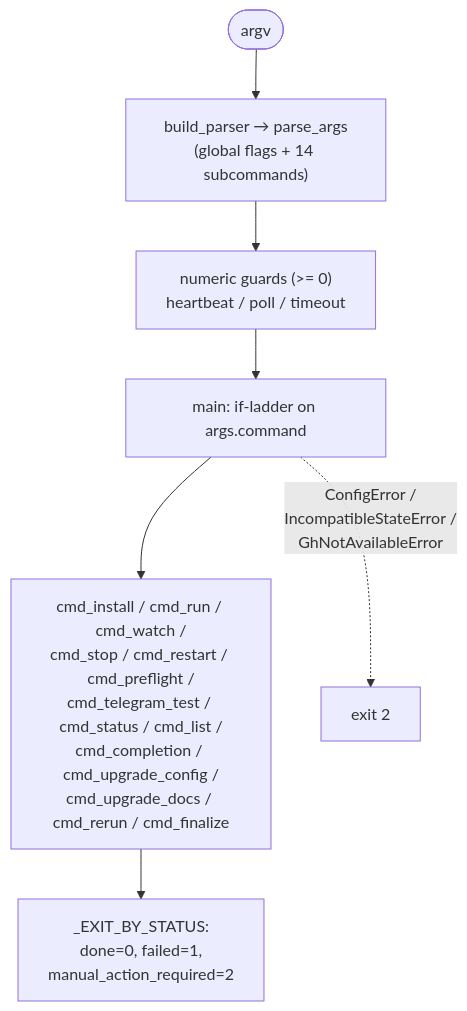
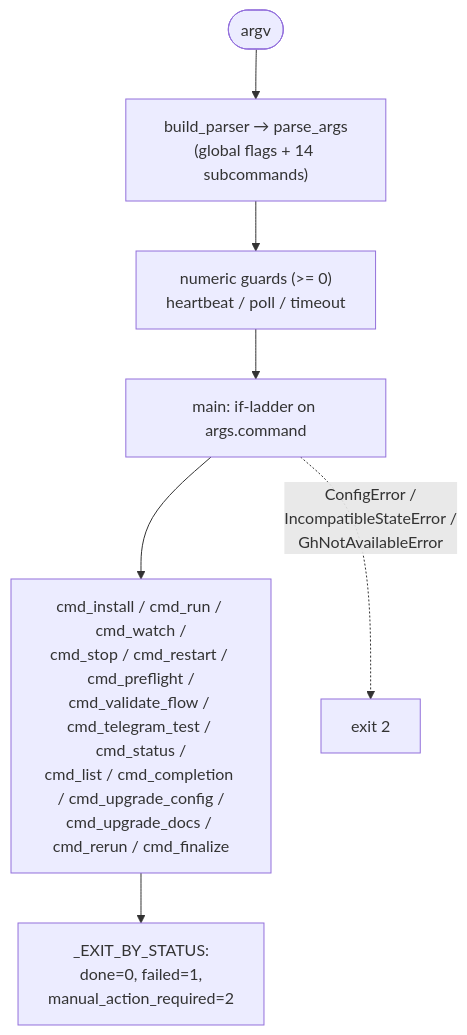
The diagram in docs/functional/blocks/B01-cli-and-operator-commands.md (VladimirMakarevich/wastech-orchestrator), drawn with Mermaid before and after one commit. The commit also changed other lines of this file and 15 other files, not shown here.

First line of the commit message:
feat: introduce `validate-flow` command for on-demand flow validation

````diff
--- a/docs/functional/blocks/B01-cli-and-operator-commands.md
+++ b/docs/functional/blocks/B01-cli-and-operator-commands.md
@@ -59,9 +60,9 @@
 ```mermaid
 flowchart TB
     argv(["argv"]) --> parse["build_parser → parse_args<br/>(global flags + 14 subcommands)"]
     parse --> guard["numeric guards (>= 0)<br/>heartbeat / poll / timeout"]
     guard --> disp["main: if-ladder on args.command"]
-    disp --> drivers["cmd_install / cmd_run / cmd_watch /<br/>cmd_stop / cmd_restart / cmd_preflight /<br/>cmd_telegram_test / cmd_status / cmd_list /<br/>cmd_completion / cmd_upgrade_config /<br/>cmd_upgrade_docs / cmd_rerun / cmd_finalize"]
+    disp --> drivers["cmd_install / cmd_run / cmd_watch /<br/>cmd_stop / cmd_restart / cmd_preflight /<br/>cmd_validate_flow / cmd_telegram_test / cmd_status /<br/>cmd_list / cmd_completion / cmd_upgrade_config /<br/>cmd_upgrade_docs / cmd_rerun / cmd_finalize"]
     drivers --> codes["_EXIT_BY_STATUS:<br/>done=0, failed=1,<br/>manual_action_required=2"]
     disp -.->|"ConfigError /<br/>IncompatibleStateError /<br/>GhNotAvailableError"| err2["exit 2"]
 ```
````
